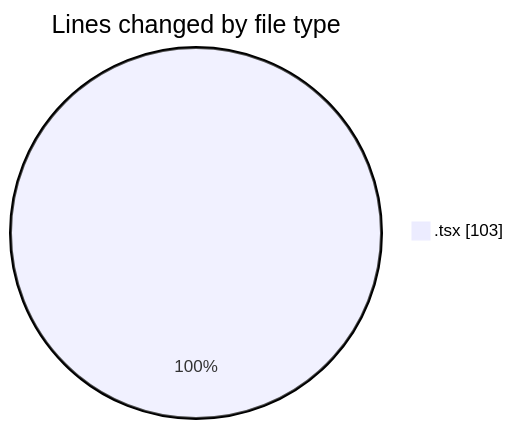
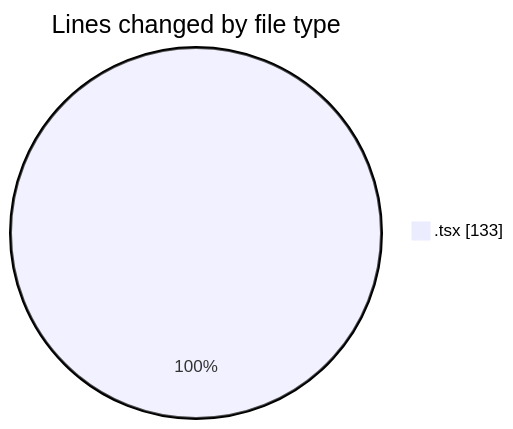
The first of 2 diagrams in 2025-03-04/termonied_testador/README.md (robertbonfada/code-tracking), drawn with Mermaid before and after one commit. The commit also changed other lines of this file and 1 other file, not shown here.

````diff
--- a/2025-03-04/termonied_testador/README.md
+++ b/2025-03-04/termonied_testador/README.md
@@ -21,5 +21,5 @@
 ```mermaid
 pie showData
 title Lines changed by file type
-".tsx" : 103
+".tsx" : 133
 ```
````
